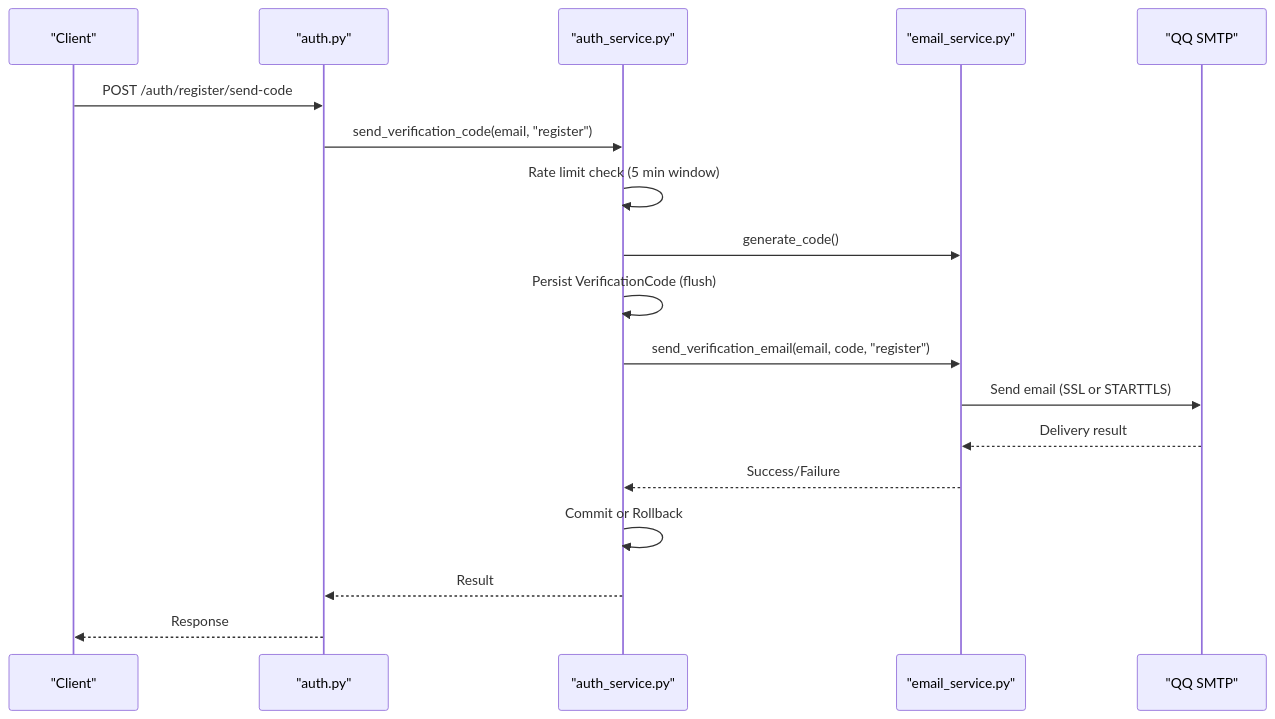
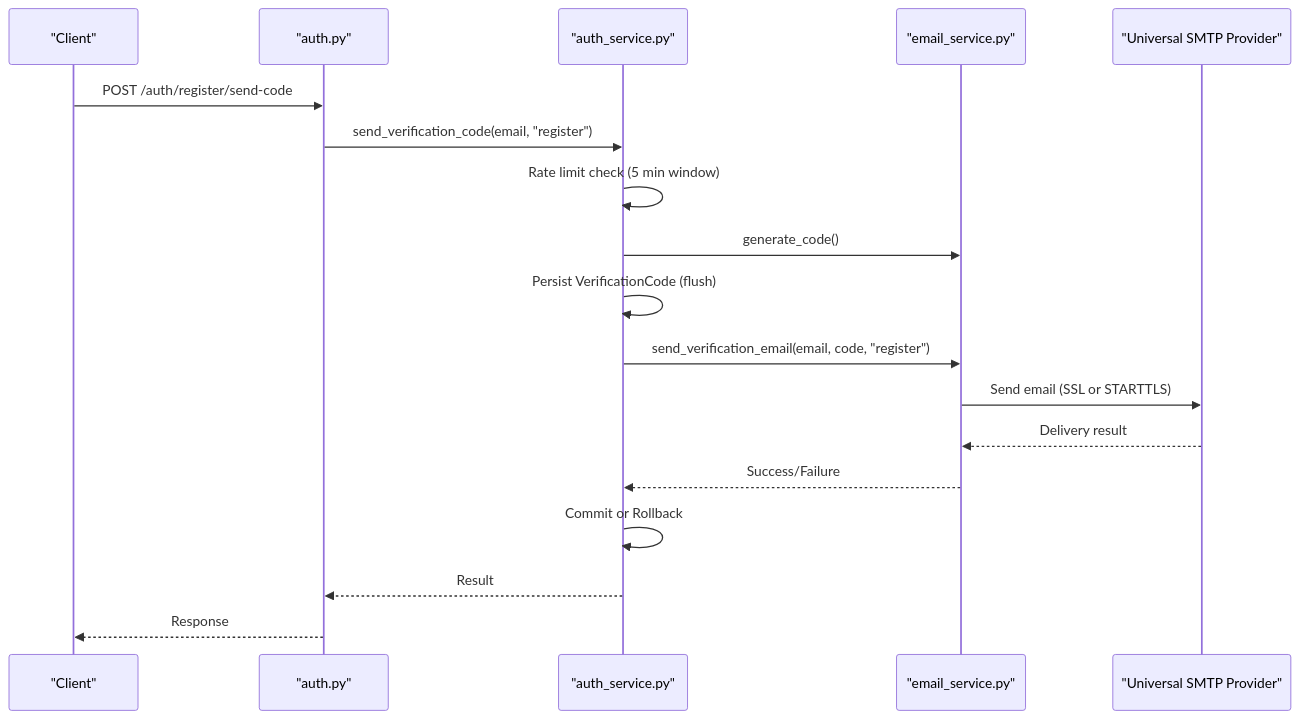
The second of 5 diagrams in .qoder/repowiki/en/content/Backend System/Service Layer Implementation/Email Service.md (rainRise/aidiary), drawn with Mermaid before and after one commit. The commit also changed other lines of this file and 13 other files, not shown here.

````diff
--- a/.qoder/repowiki/en/content/Backend System/Service Layer Implementation/Email Service.md
+++ b/.qoder/repowiki/en/content/Backend System/Service Layer Implementation/Email Service.md
@@ -91,20 +100,20 @@
 ```mermaid
 sequenceDiagram
 participant Client as "Client"
 participant API as "auth.py"
 participant Auth as "auth_service.py"
 participant Email as "email_service.py"
-participant SMTP as "QQ SMTP"
+participant SMTP as "Universal SMTP Provider"
 Client->>API : POST /auth/register/send-code
 API->>Auth : send_verification_code(email, "register")
 Auth->>Auth : Rate limit check (5 min window)
 Auth->>Email : generate_code()
 Auth->>Auth : Persist VerificationCode (flush)
 Auth->>Email : send_verification_email(email, code, "register")
 Email->>SMTP : Send email (SSL or STARTTLS)
 SMTP-->>Email : Delivery result
 Email-->>Auth : Success/Failure
 Auth->>Auth : Commit or Rollback
 Auth-->>API : Result
 API-->>Client : Response
 ```
````
